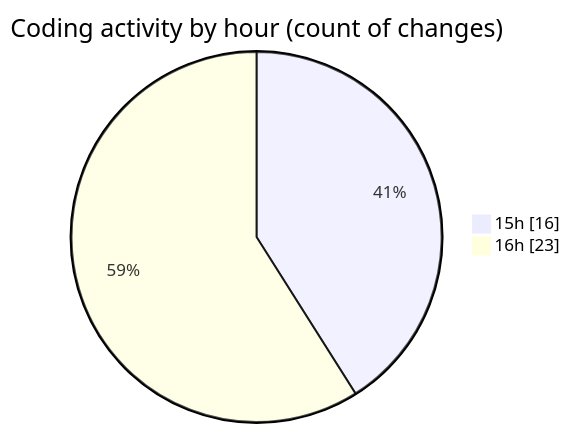
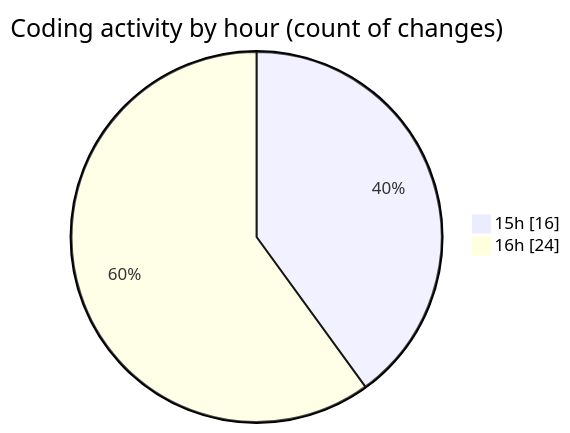
One commit to mevix1/code-tracking changed the second of 2 diagrams in 2025-10-01/oura-api/README.md. Above: the diagram before and after it, drawn with Mermaid. The commit also changed other lines of this file and 1 other file, not shown here.

````diff
--- a/2025-10-01/oura-api/README.md
+++ b/2025-10-01/oura-api/README.md
@@ -56,6 +57,6 @@
 ```mermaid
 pie showData
 title Coding activity by hour (count of changes)
 "15h" : 16
-"16h" : 23
+"16h" : 24
 ```
````
